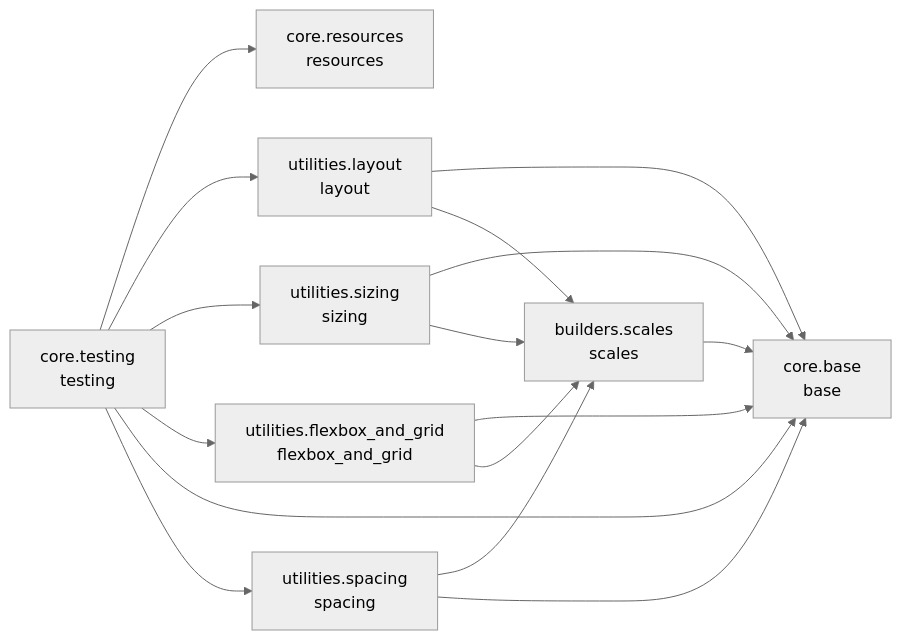
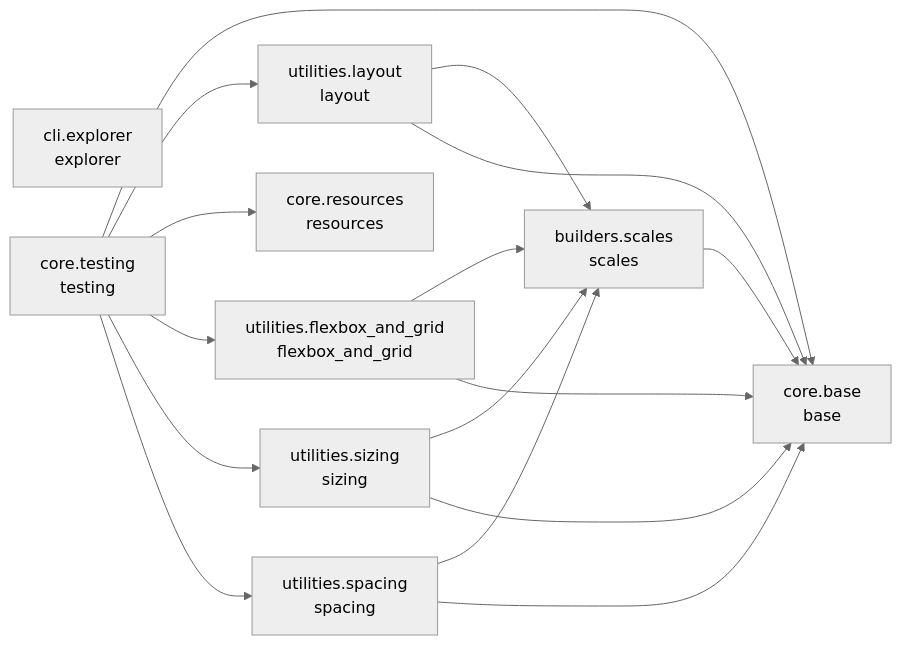
The diagram in README.md (cj-mills/cjm-fasthtml-tailwind), drawn with Mermaid (neutral theme) before and after one commit. The commit also changed other lines of this file and 19 other files, not shown here.

````diff
--- a/README.md
+++ b/README.md
@@ -31,27 +33,28 @@
 ``` mermaid
 graph LR
     builders_scales[builders.scales<br/>scales]
+    cli_explorer[cli.explorer<br/>explorer]
     core_base[core.base<br/>base]
     core_resources[core.resources<br/>resources]
     core_testing[core.testing<br/>testing]
     utilities_flexbox_and_grid[utilities.flexbox_and_grid<br/>flexbox_and_grid]
     utilities_layout[utilities.layout<br/>layout]
     utilities_sizing[utilities.sizing<br/>sizing]
     utilities_spacing[utilities.spacing<br/>spacing]
 
     builders_scales --> core_base
+    core_testing --> core_base
+    core_testing --> utilities_layout
     core_testing --> core_resources
-    core_testing --> utilities_layout
+    core_testing --> utilities_flexbox_and_grid
     core_testing --> utilities_sizing
-    core_testing --> utilities_flexbox_and_grid
-    core_testing --> core_base
     core_testing --> utilities_spacing
+    utilities_flexbox_and_grid --> builders_scales
     utilities_flexbox_and_grid --> core_base
-    utilities_flexbox_and_grid --> builders_scales
+    utilities_layout --> builders_scales
     utilities_layout --> core_base
-    utilities_layout --> builders_scales
+    utilities_sizing --> builders_scales
     utilities_sizing --> core_base
-    utilities_sizing --> builders_scales
     utilities_spacing --> builders_scales
     utilities_spacing --> core_base
 ```
````
